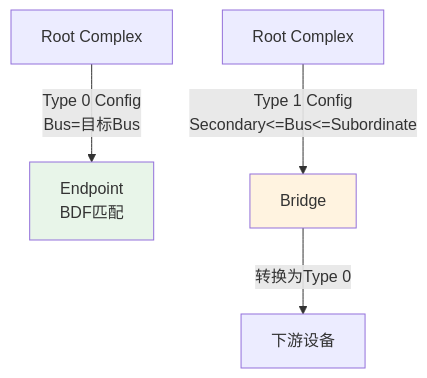
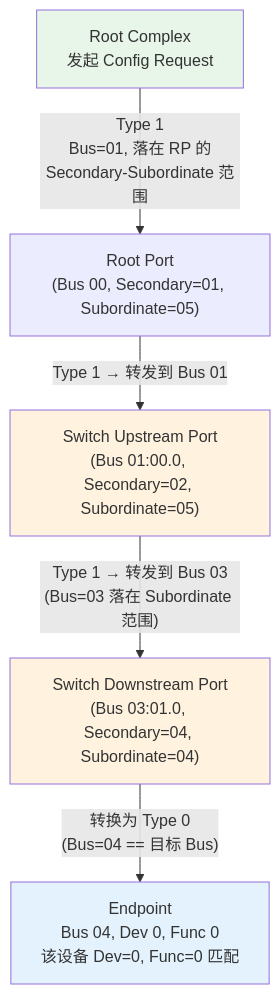
The second of 6 diagrams in pcie/enumeration-flow.md (swjtuer326/cs-learning-notes), drawn with Mermaid before and after one commit. The commit also changed other lines of this file and 5 other files, not shown here.

First line of the commit message:
docs(pcie): 统一Mermaid图表格式，优化代码注释

````diff
--- a/pcie/enumeration-flow.md
+++ b/pcie/enumeration-flow.md
@@ -424,10 +497,13 @@
 ```mermaid
-%%{init: {"theme": "base", "themeVariables": {"primaryColor": "#f8fafc", "primaryTextColor": "#1e293b", "primaryBorderColor": "#475569", "lineColor": "#64748b", "secondaryColor": "#f1f5f9", "secondaryBorderColor": "#94a3b8", "tertiaryColor": "#f8fafc", "fontFamily": ""trebuchet ms", verdana, arial, sans-serif"}}}%%
-graph TD
-    RC["Root Complex"] -->|"Type 0 Config<br/>Bus=目标Bus"| EP["Endpoint<br/>BDF匹配"]
-    RC2["Root Complex"] -->|"Type 1 Config<br/>Secondary<=Bus<=Subordinate"| BR["Bridge"]
-    BR -->|"转换为Type 0"| EP2["下游设备"]
+%%{init: {"theme": "base", "themeVariables": {"primaryColor": "#f8fafc", "primaryTextColor": "#1e293b", "primaryBorderColor": "#475569", "lineColor": "#64748b", "secondaryColor": "#f1f5f9", "secondaryBorderColor": "#94a3b8", "tertiaryColor": "#f8fafc", "fontFamily": "'trebuchet ms', verdana, arial, sans-serif"}}}%%
+flowchart TD
+    RC["Root Complex<br/>发起 Config Request"] -->|"Type 1<br/>Bus=01, 落在 RP 的<br/>Secondary-Subordinate 范围"| RP["Root Port<br/>(Bus 00, Secondary=01, Subordinate=05)"]
+    RP -->|"Type 1 → 转发到 Bus 01"| SW_US["Switch Upstream Port<br/>(Bus 01:00.0, Secondary=02, Subordinate=05)"]
+    SW_US -->|"Type 1 → 转发到 Bus 03<br/>(Bus=03 落在 Subordinate 范围)"| SW_DS["Switch Downstream Port<br/>(Bus 03:01.0, Secondary=04, Subordinate=04)"]
+    SW_DS -->|"转换为 Type 0<br/>(Bus=04 == 目标 Bus)"| EP["Endpoint<br/>Bus 04, Dev 0, Func 0<br/>该设备 Dev=0, Func=0 匹配"]
 
-    style EP fill:#e8f5e9
-    style BR fill:#fff3e0
+    style RC fill:#e8f5e9
+    style SW_US fill:#fff3e0
+    style SW_DS fill:#fff3e0
+    style EP fill:#e3f2fd
 ```
````
